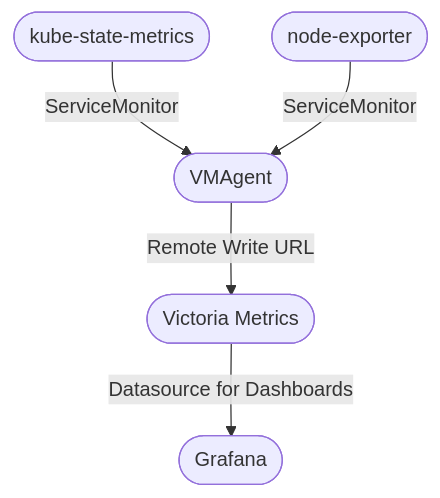
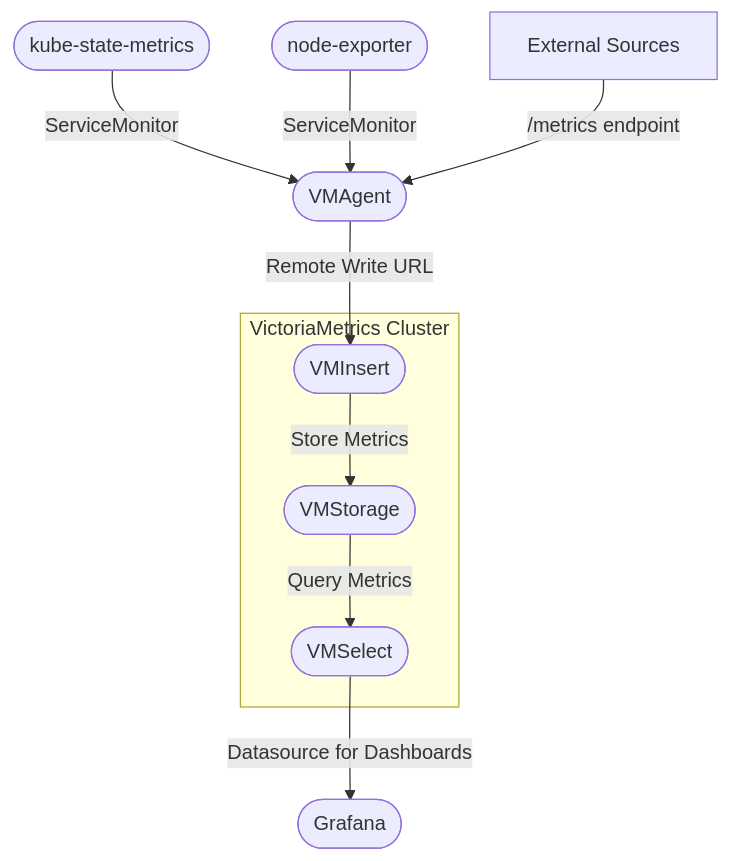
The diagram in docs/posts/2024/0016-victoria-metrics.md (developer-friendly/blog), drawn with Mermaid before and after one commit. The commit also changed other lines of this file, not shown here.

````diff
--- a/docs/posts/2024/0016-victoria-metrics.md
+++ b/docs/posts/2024/0016-victoria-metrics.md
@@ -155,16 +139,27 @@
 ```mermaid
 flowchart TD
 
     kubeStateMetrics([kube-state-metrics])
     nodeExporter([node-exporter])
     vmagent([VMAgent])
-    victoriaMetrics([Victoria Metrics])
+    externalSources["External Sources"]
+
+    subgraph "VictoriaMetrics Cluster"
+        vminsert([VMInsert])
+        vmstorage([VMStorage])
+        vmselect([VMSelect])
+
+        vminsert -- "Store Metrics" --> vmstorage
+        vmstorage -- "Query Metrics" --> vmselect
+    end
+
     grafana([Grafana])
 
     kubeStateMetrics -- "ServiceMonitor" --> vmagent
     nodeExporter -- "ServiceMonitor" --> vmagent
+    externalSources -- "/metrics endpoint" --> vmagent
 
-    vmagent -- "Remote Write URL" --> victoriaMetrics
+    vmagent -- "Remote Write URL" --> vminsert
 
-    victoriaMetrics -- "Datasource for Dashboards" --> grafana
+    vmselect -- "Datasource for Dashboards" --> grafana
 ```
````
